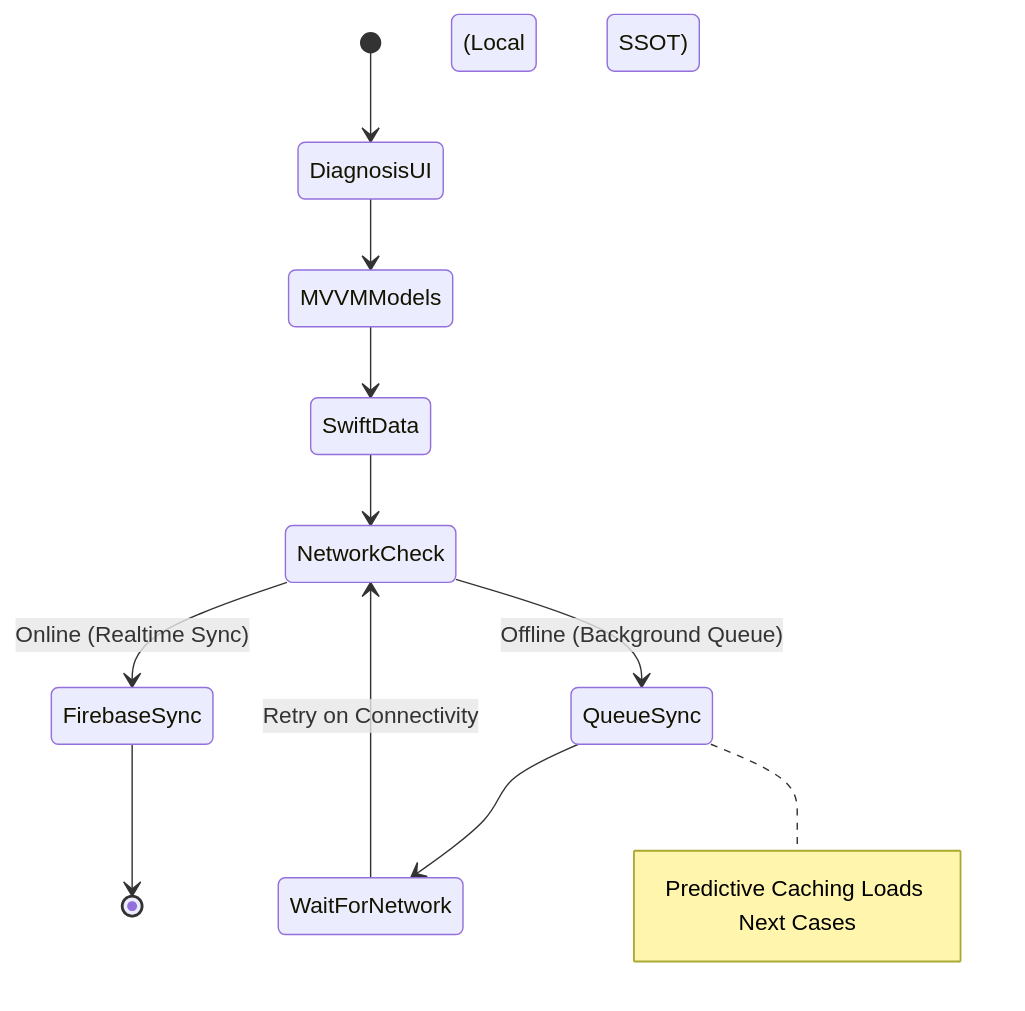
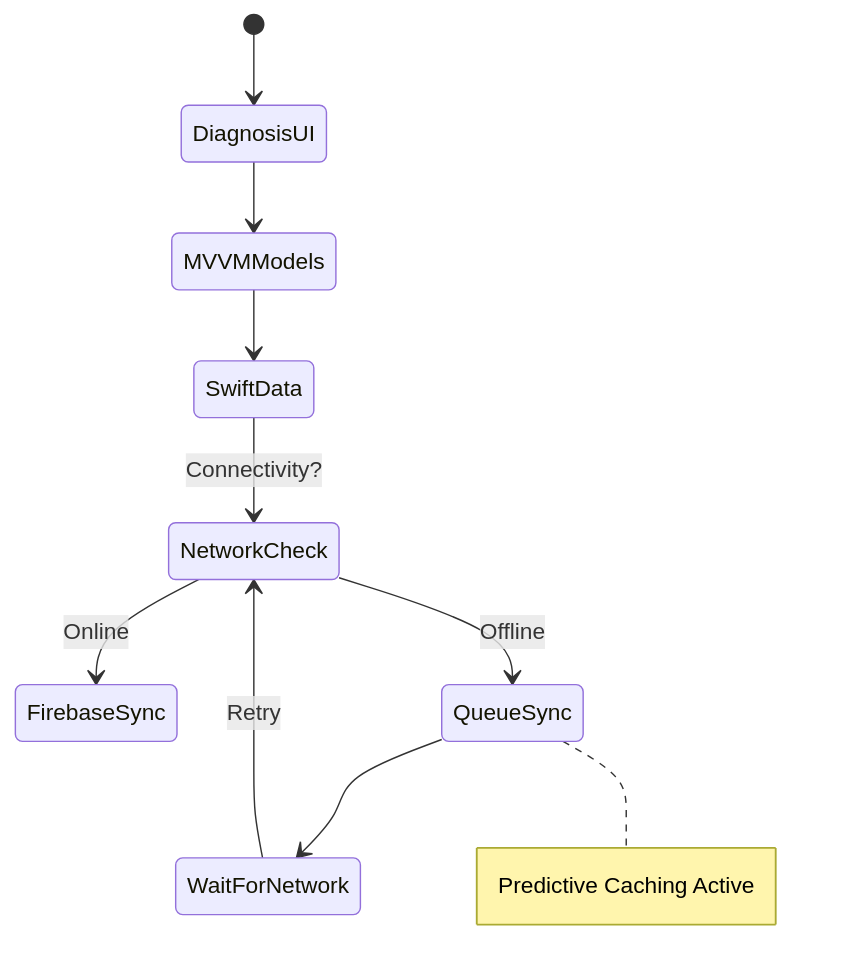
Before and after one commit to hareeshkar/hareeshkar: the second of 2 diagrams in README.md, drawn with Mermaid. The commit also changed other lines of this file, not shown here.

````diff
--- a/README.md
+++ b/README.md
@@ -130,13 +208,12 @@
-```mermaid
-stateDiagram-v2
+  ```mermaid
+  stateDiagram-v2
     [*] --> DiagnosisUI
     DiagnosisUI --> MVVMModels
-    MVVMModels --> SwiftData (Local SSOT)
-    SwiftData --> NetworkCheck
-    NetworkCheck --> FirebaseSync: Online (Realtime Sync)
-    NetworkCheck --> QueueSync: Offline (Background Queue)
-    FirebaseSync --> [*]
+    MVVMModels --> SwiftData
+    SwiftData --> NetworkCheck: Connectivity?
+    NetworkCheck --> FirebaseSync: Online
+    NetworkCheck --> QueueSync: Offline
     QueueSync --> WaitForNetwork
-    WaitForNetwork --> NetworkCheck: Retry on Connectivity
-    note right of QueueSync: Predictive Caching Loads Next Cases
-```
+    WaitForNetwork --> NetworkCheck: Retry
+    note right of QueueSync: Predictive Caching Active
+  ```
````
